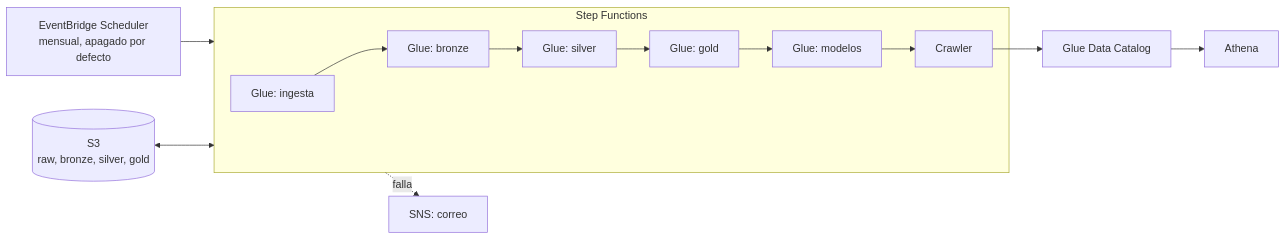
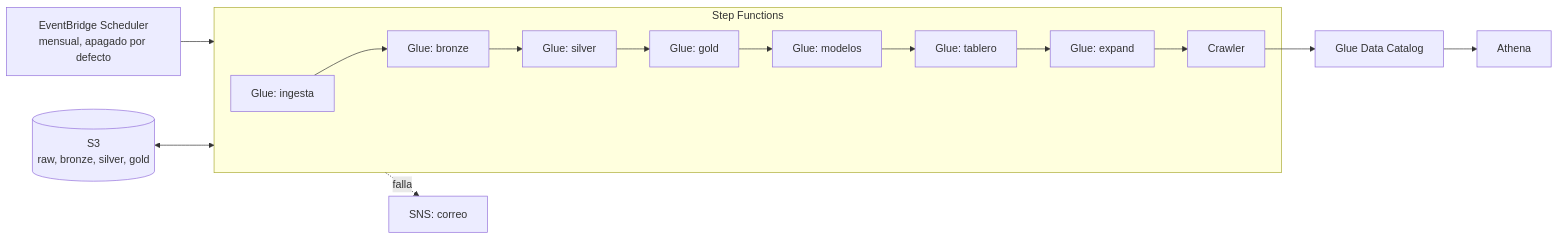
The third of 3 diagrams in README.md (stufonn-cell/accidentes_project_for_data_science), drawn with Mermaid before and after one commit. The commit also changed other lines of this file and 22 other files, not shown here.

````diff
--- a/README.md
+++ b/README.md
@@ -280,10 +327,10 @@
 ```mermaid
 flowchart LR
     sched[EventBridge Scheduler<br>mensual, apagado por defecto] --> sfn
     subgraph sfn[Step Functions]
-        i[Glue: ingesta] --> b[Glue: bronze] --> s[Glue: silver] --> g[Glue: gold] --> m[Glue: modelos] --> c[Crawler]
+        i[Glue: ingesta] --> b[Glue: bronze] --> s[Glue: silver] --> g[Glue: gold] --> m[Glue: modelos] --> t[Glue: tablero] --> x[Glue: expand] --> c[Crawler]
     end
     s3[(S3<br>raw, bronze, silver, gold)] <--> sfn
     c --> cat[Glue Data Catalog] --> athena[Athena]
     sfn -. falla .-> sns[SNS: correo]
 ```
````
